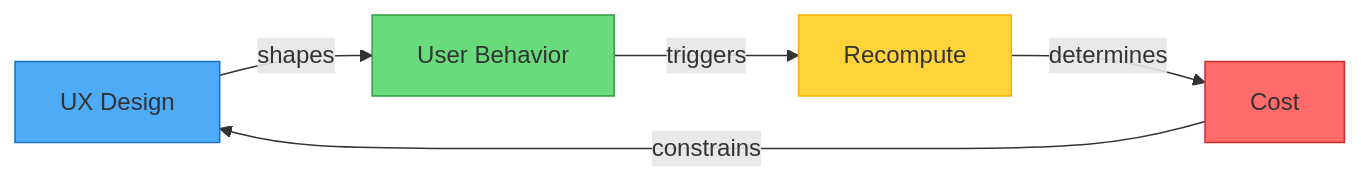
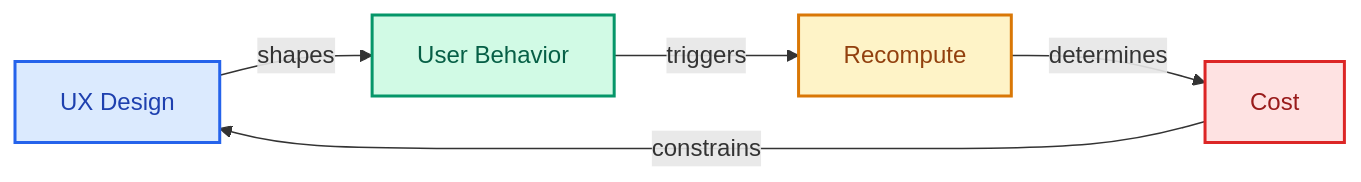
Before and after one commit to whoisrade/agentic-field-manual: the first of 2 diagrams in 02-architecture/interaction-contract.md, drawn with Mermaid. The commit also changed other lines of this file and 18 other files, not shown here.

Commit message:
refine mermaid diagrams with enterprise color palette

````diff
--- a/02-architecture/interaction-contract.md
+++ b/02-architecture/interaction-contract.md
@@ -40,12 +40,12 @@
 ```mermaid
 flowchart LR
-    UX[UX Design] -->|shapes| Behavior[User Behavior]
-    Behavior -->|triggers| Recompute[Recompute]
-    Recompute -->|determines| Cost[Cost]
-    Cost -->|constrains| UX
+    UX["UX Design"] -->|"shapes"| Behavior["User Behavior"]
+    Behavior -->|"triggers"| Recompute["Recompute"]
+    Recompute -->|"determines"| Cost["Cost"]
+    Cost -->|"constrains"| UX
     
-    style UX fill:#4dabf7,stroke:#1971c2
-    style Behavior fill:#69db7c,stroke:#2f9e44
-    style Recompute fill:#ffd43b,stroke:#fab005
-    style Cost fill:#ff6b6b,stroke:#c92a2a
+    style UX fill:#dbeafe,stroke:#2563eb,stroke-width:2px,color:#1e40af
+    style Behavior fill:#d1fae5,stroke:#059669,stroke-width:2px,color:#065f46
+    style Recompute fill:#fef3c7,stroke:#d97706,stroke-width:2px,color:#92400e
+    style Cost fill:#fee2e2,stroke:#dc2626,stroke-width:2px,color:#991b1b
 ```
````
